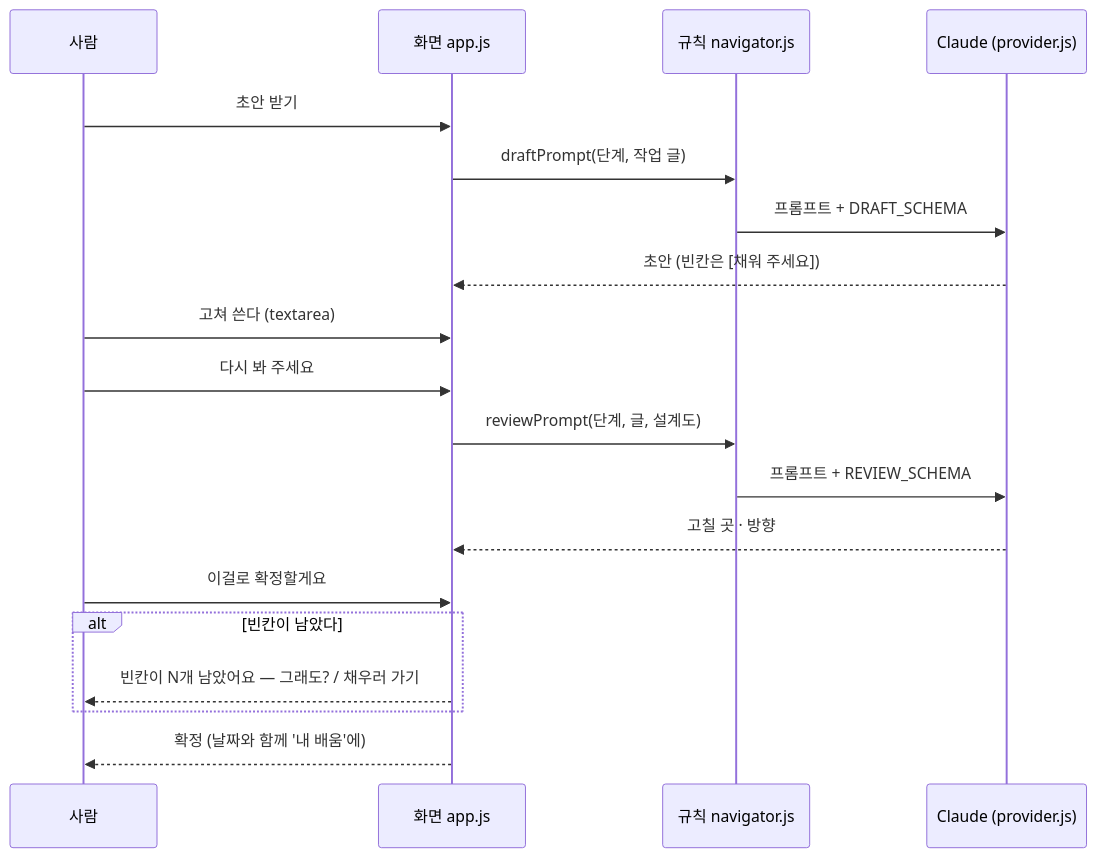
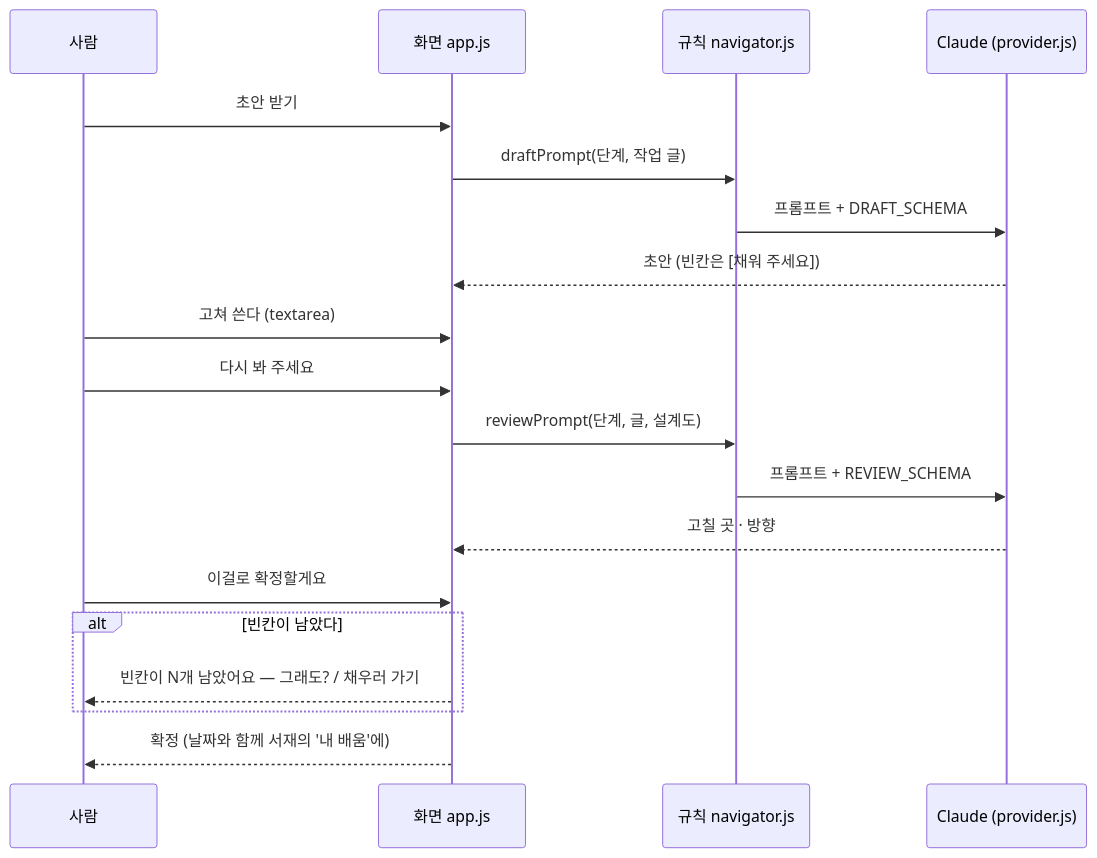
Before and after one commit to 2026-Codyssey-Final-Proj/Final-Proj: the diagram in 01-docs/features/02-blueprint/README.md, drawn with Mermaid. The commit also changed other lines of this file and 24 other files, not shown here.

````diff
--- a/01-docs/features/02-blueprint/README.md
+++ b/01-docs/features/02-blueprint/README.md
@@ -28,21 +28,21 @@
 ```mermaid
 sequenceDiagram
     participant H as 사람
     participant U as 화면 app.js
     participant R as 규칙 navigator.js
     participant A as Claude (provider.js)
     H->>U: 초안 받기
     U->>R: draftPrompt(단계, 작업 글)
     R->>A: 프롬프트 + DRAFT_SCHEMA
     A-->>U: 초안 (빈칸은 [채워 주세요])
     H->>U: 고쳐 쓴다 (textarea)
     H->>U: 다시 봐 주세요
     U->>R: reviewPrompt(단계, 글, 설계도)
     R->>A: 프롬프트 + REVIEW_SCHEMA
     A-->>U: 고칠 곳 · 방향
     H->>U: 이걸로 확정할게요
     alt 빈칸이 남았다
         U-->>H: 빈칸이 N개 남았어요 — 그래도? / 채우러 가기
     end
-    U-->>H: 확정 (날짜와 함께 '내 배움'에)
+    U-->>H: 확정 (날짜와 함께 서재의 '내 배움'에)
 ```
````
